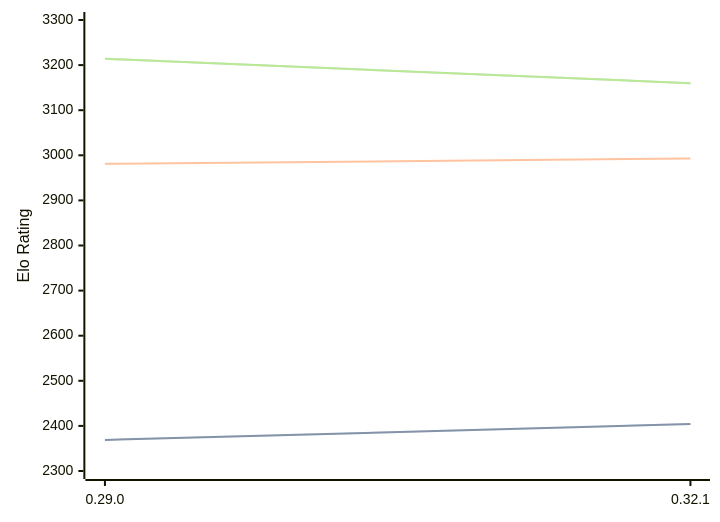
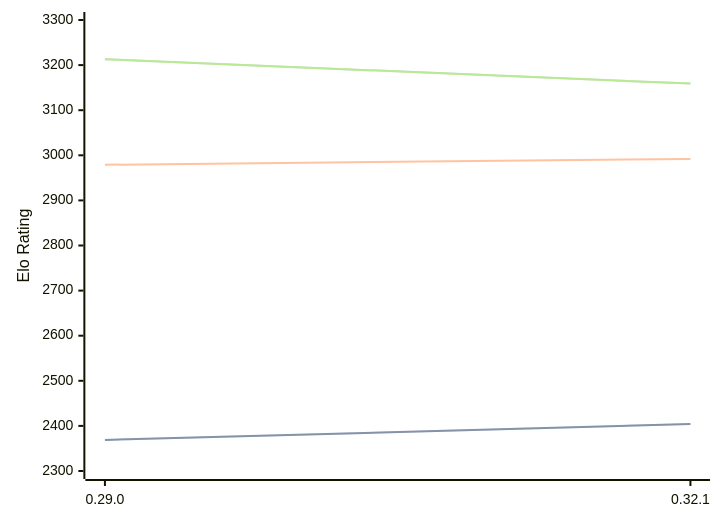
Before and after one commit to computer-chess-index/cci: the diagram in engines/Lc0.md, drawn with Mermaid. The commit also changed other lines of this file, not shown here.

Commit message:
Update CCI Ratings (ELO VLTC) - 2026-06-12

````diff
--- a/engines/Lc0.md
+++ b/engines/Lc0.md
@@ -68,11 +68,11 @@
 ```mermaid
 %%{init: {"theme":"base","themeVariables":{"seriesColors:['#a3a3a3','#222221','#faa371']}}}%%
 xychart-beta
   x-axis ["0.29.0", "0.32.1"]
   y-axis "Elo Rating" 2300 --> 3300
   line "STC (8.0+0.08s)" [2369, 2404]
   line "STC (8.0+0.08s)" [2369, 2404]
-  line "LTC (60.0+0.60s)" [2981, 2993]
-  line "VLTC (2m24s+1.12s)" [3214, 3160]
-  line "VLTC (2m24s+1.12s)" [3214, 3160]
+  line "LTC (60.0+0.60s)" [2979, 2992]
+  line "VLTC (2m24s+1.12s)" [3213, 3159]
+  line "VLTC (2m24s+1.12s)" [3213, 3159]
 ```
````
